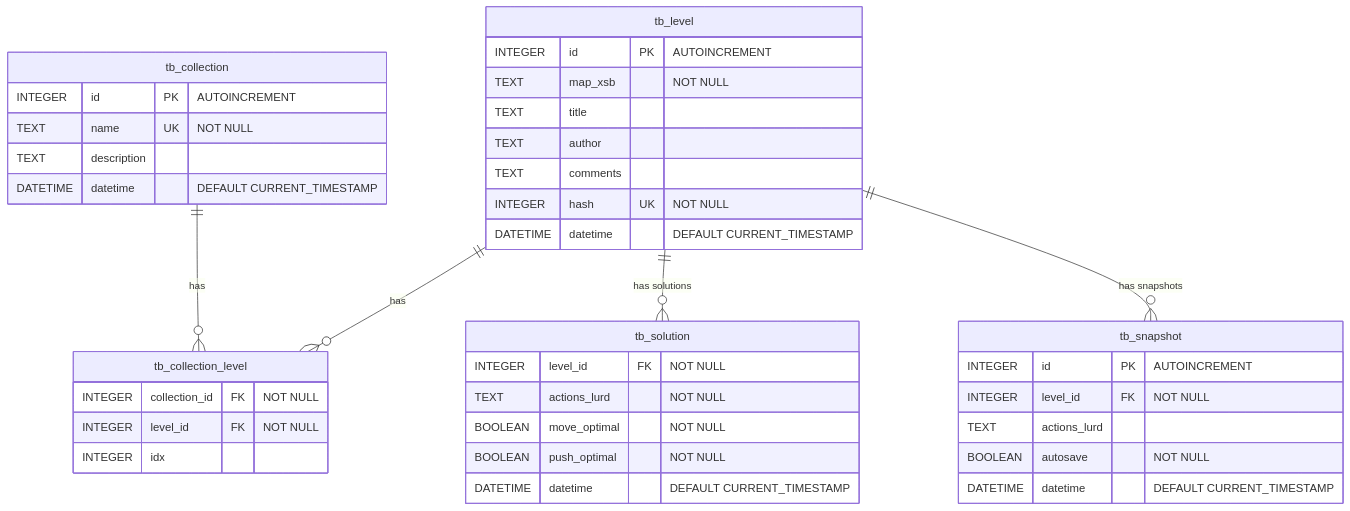
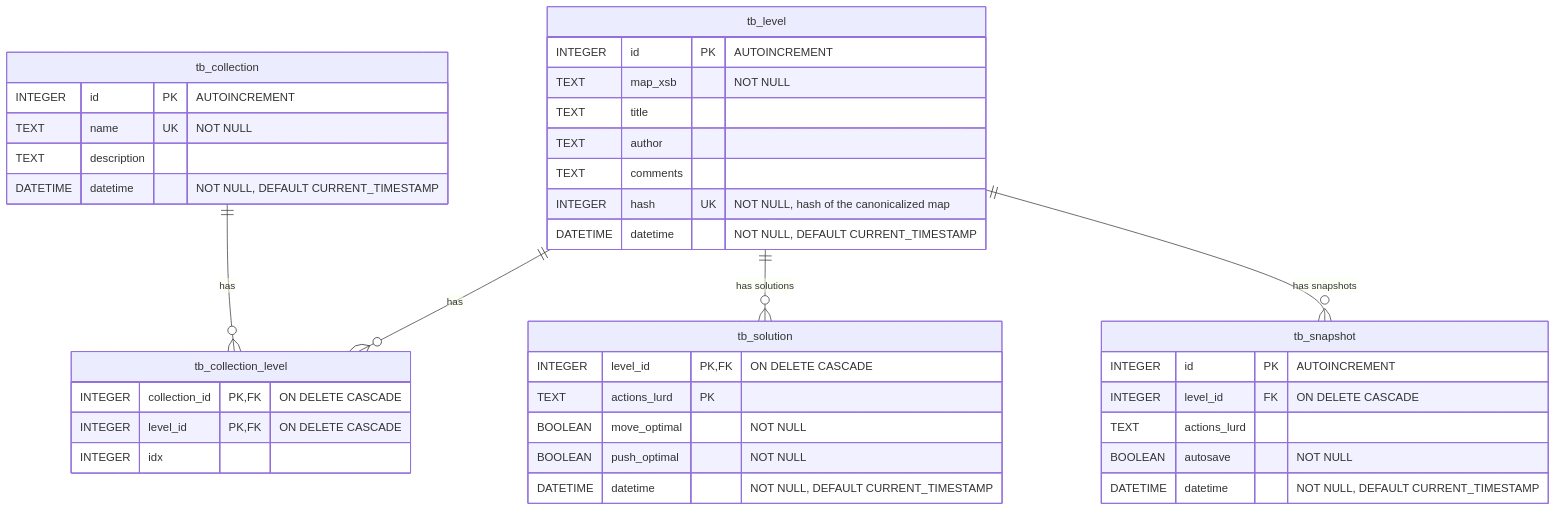
Before and after one commit to ShenMian/sokoban: the third of 3 diagrams in docs/architecture.md, drawn with Mermaid. The commit also changed other lines of this file, not shown here.

Commit message:
docs(architecture): sync the document with the current codebase

````diff
--- a/docs/architecture.md
+++ b/docs/architecture.md
@@ -45,46 +49,46 @@
 ```mermaid
 erDiagram
     tb_collection {
         INTEGER id PK "AUTOINCREMENT"
         TEXT name UK "NOT NULL"
         TEXT description
-        DATETIME datetime "DEFAULT CURRENT_TIMESTAMP"
+        DATETIME datetime "NOT NULL, DEFAULT CURRENT_TIMESTAMP"
     }
 
     tb_level {
         INTEGER id PK "AUTOINCREMENT"
         TEXT map_xsb "NOT NULL"
         TEXT title
         TEXT author
         TEXT comments
-        INTEGER hash UK "NOT NULL"
-        DATETIME datetime "DEFAULT CURRENT_TIMESTAMP"
+        INTEGER hash UK "NOT NULL, hash of the canonicalized map"
+        DATETIME datetime "NOT NULL, DEFAULT CURRENT_TIMESTAMP"
     }
 
     tb_collection_level {
-        INTEGER collection_id FK "NOT NULL"
-        INTEGER level_id FK "NOT NULL"
+        INTEGER collection_id PK, FK "ON DELETE CASCADE"
+        INTEGER level_id PK, FK "ON DELETE CASCADE"
         INTEGER idx
     }
 
     tb_solution {
-        INTEGER level_id FK "NOT NULL"
-        TEXT actions_lurd "NOT NULL"
+        INTEGER level_id PK, FK "ON DELETE CASCADE"
+        TEXT actions_lurd PK
         BOOLEAN move_optimal "NOT NULL"
         BOOLEAN push_optimal "NOT NULL"
-        DATETIME datetime "DEFAULT CURRENT_TIMESTAMP"
+        DATETIME datetime "NOT NULL, DEFAULT CURRENT_TIMESTAMP"
     }
 
     tb_snapshot {
         INTEGER id PK "AUTOINCREMENT"
-        INTEGER level_id FK "NOT NULL"
+        INTEGER level_id FK "ON DELETE CASCADE"
         TEXT actions_lurd
         BOOLEAN autosave "NOT NULL"
-        DATETIME datetime "DEFAULT CURRENT_TIMESTAMP"
+        DATETIME datetime "NOT NULL, DEFAULT CURRENT_TIMESTAMP"
     }
 
     tb_collection ||--o{ tb_collection_level : "has"
     tb_level ||--o{ tb_collection_level : "has"
     tb_level ||--o{ tb_solution : "has solutions"
     tb_level ||--o{ tb_snapshot : "has snapshots"
 ```
````
